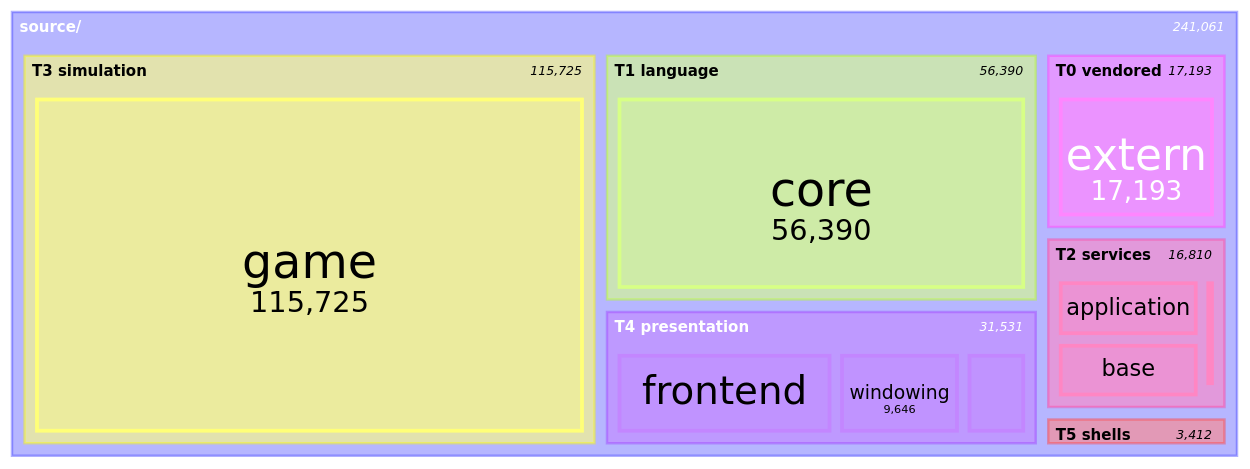
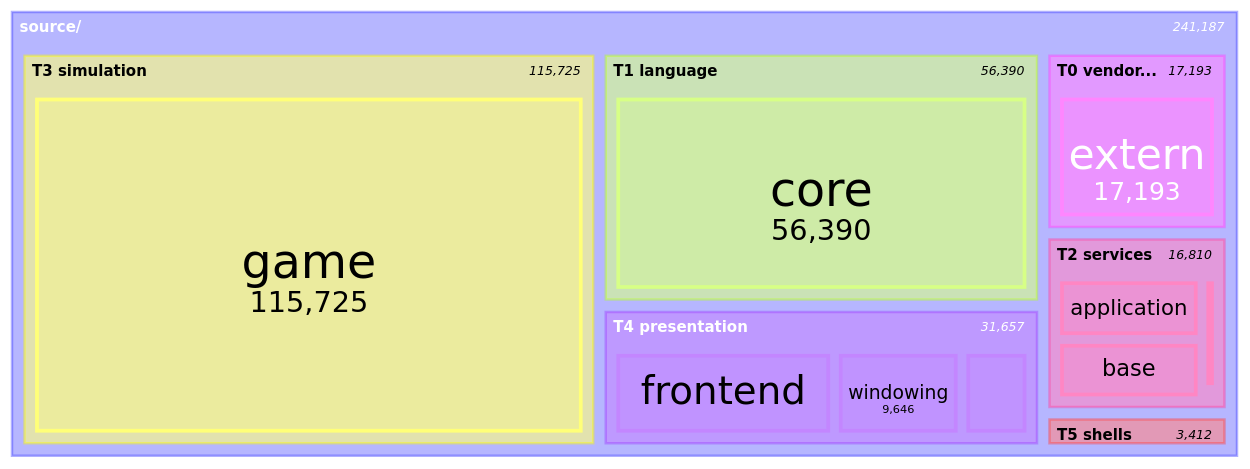
One commit to apnex/OpenStarbound changed the seventh of 11 diagrams in docs/architecture/system-boundaries.md. Above: the diagram before and after it, drawn with Mermaid. The commit also changed other lines of this file and 3 other files, not shown here.

````diff
--- a/docs/architecture/system-boundaries.md
+++ b/docs/architecture/system-boundaries.md
@@ -599,22 +599,22 @@
 ```mermaid
 treemap-beta
 "source/"
     "T0 vendored"
         "extern": 17193
     "T1 language"
         "core": 56390
     "T2 services"
         "application": 7677
         "base": 7472
         "metrics": 1519
         "platform": 142
     "T3 simulation"
         "game": 115725
     "T4 presentation"
         "frontend": 16866
         "windowing": 9646
-        "rendering": 5019
+        "rendering": 5145
     "T5 shells"
         "client": 2629
         "server": 783
 ```
````
